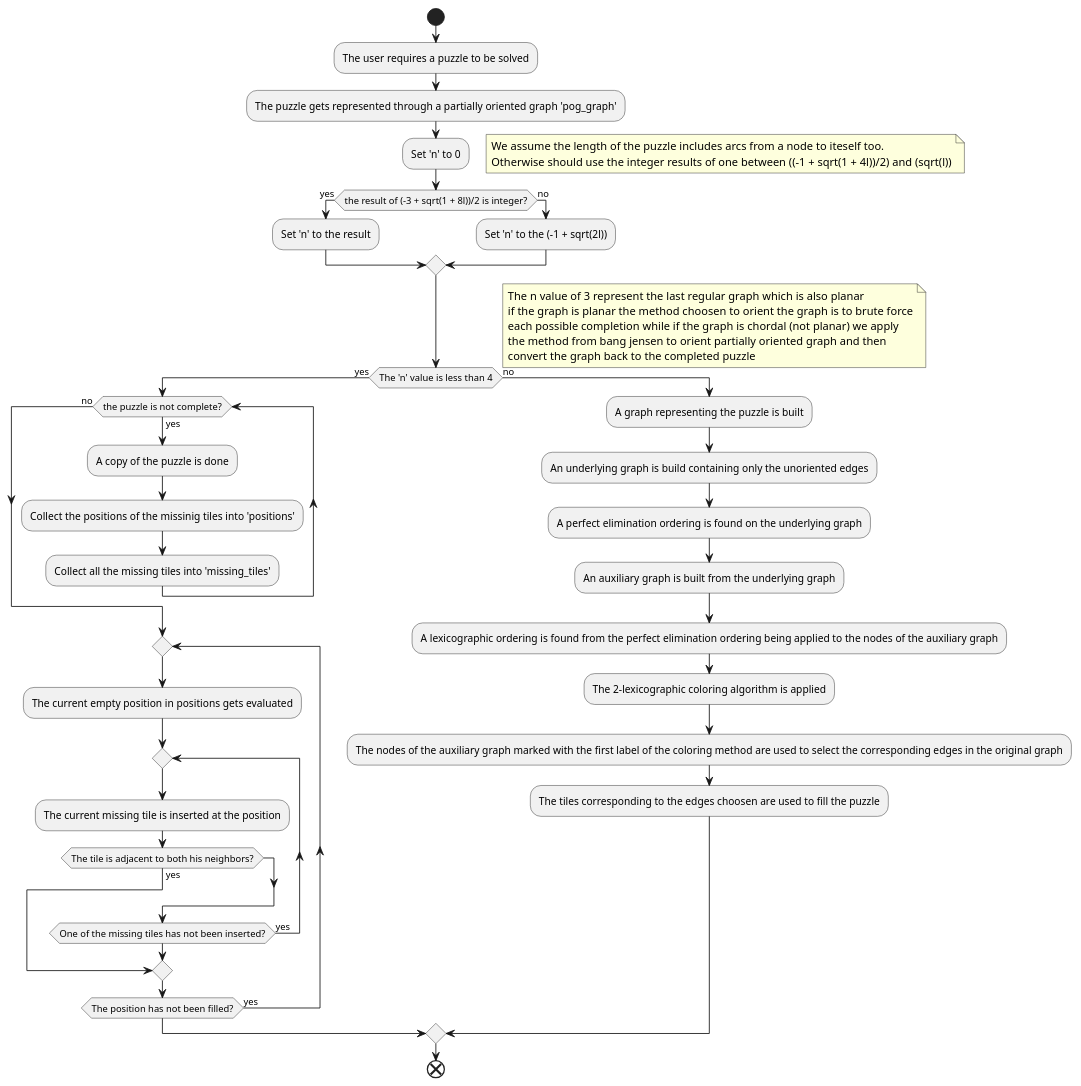
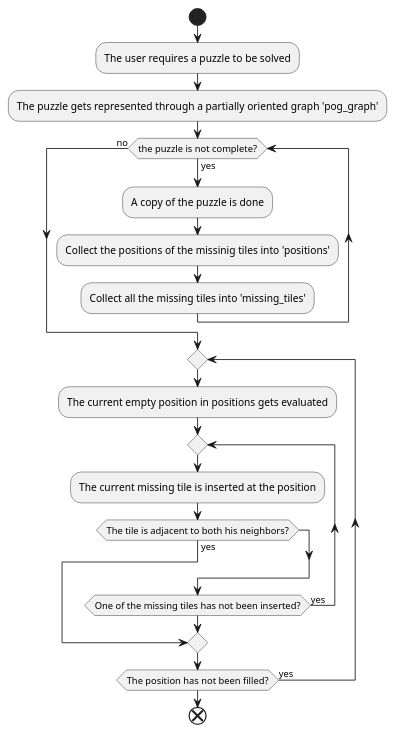
One commit to DominoOrg/domino-core changed the diagram in plant_uml/solve_activity.puml. Above: the diagram before and after it, drawn with PlantUML.

Commit message:
Updated solve docs after features removal

```diff
--- a/plant_uml/solve_activity.puml
+++ b/plant_uml/solve_activity.puml
@@ -1,48 +1,20 @@
 @startuml solve_activity
 start
 :The user requires a puzzle to be solved;
 :The puzzle gets represented through a partially oriented graph 'pog_graph';
-:Set 'n' to 0;
-floating note right
-We assume the length of the puzzle includes arcs from a node to iteself too.
-Otherwise should use the integer results of one between ((-1 + sqrt(1 + 4l))/2) and (sqrt(l))
-end note
-if (the result of (-3 + sqrt(1 + 8l))/2 is integer?) is (yes) then
-    :Set 'n' to the result;
-else (no)
-    :Set 'n' to the (-1 + sqrt(2l));
-endif
-if (The 'n' value is less than 4) is (yes) then
-    floating note right
-        The n value of 3 represent the last regular graph which is also planar
-        if the graph is planar the method choosen to orient the graph is to brute force
-        each possible completion while if the graph is chordal (not planar) we apply
-        the method from bang jensen to orient partially oriented graph and then
-        convert the graph back to the completed puzzle
-    end note
-    while (the puzzle is not complete?) is (yes) 
-        :A copy of the puzzle is done;
-        :Collect the positions of the missinig tiles into 'positions';
-        :Collect all the missing tiles into 'missing_tiles';
-    endwhile (no)
+while (the puzzle is not complete?) is (yes) 
+    :A copy of the puzzle is done;
+    :Collect the positions of the missinig tiles into 'positions';
+    :Collect all the missing tiles into 'missing_tiles';
+endwhile (no)
+repeat
+:The current empty position in positions gets evaluated;
     repeat
-    :The current empty position in positions gets evaluated;
-        repeat
-        :The current missing tile is inserted at the position;
-        if (The tile is adjacent to both his neighbors?) is (yes) then
-            break
-        endif
-        repeat while (One of the missing tiles has not been inserted?) is (yes)
-    repeat while (The position has not been filled?) is (yes)
-else (no)
-    :A graph representing the puzzle is built;
-    :An underlying graph is build containing only the unoriented edges;
-    :A perfect elimination ordering is found on the underlying graph;
-    :An auxiliary graph is built from the underlying graph;
-    :A lexicographic ordering is found from the perfect elimination ordering being applied to the nodes of the auxiliary graph;
-    :The 2-lexicographic coloring algorithm is applied;
-    :The nodes of the auxiliary graph marked with the first label of the coloring method are used to select the corresponding edges in the original graph;
-    :The tiles corresponding to the edges choosen are used to fill the puzzle;
-endif
+    :The current missing tile is inserted at the position;
+    if (The tile is adjacent to both his neighbors?) is (yes) then
+        break
+    endif
+    repeat while (One of the missing tiles has not been inserted?) is (yes)
+repeat while (The position has not been filled?) is (yes)
 end
 @enduml
```
